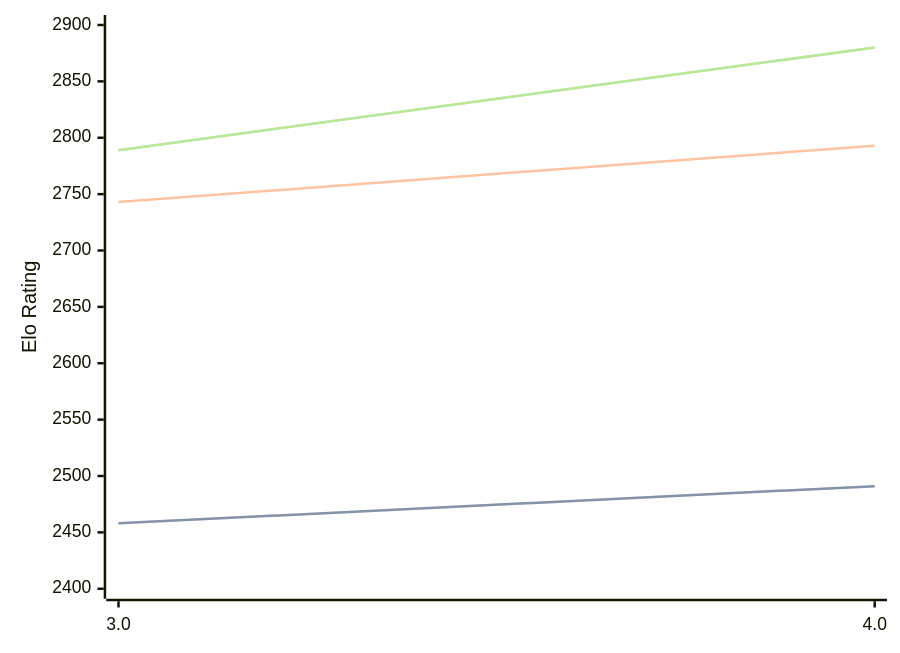
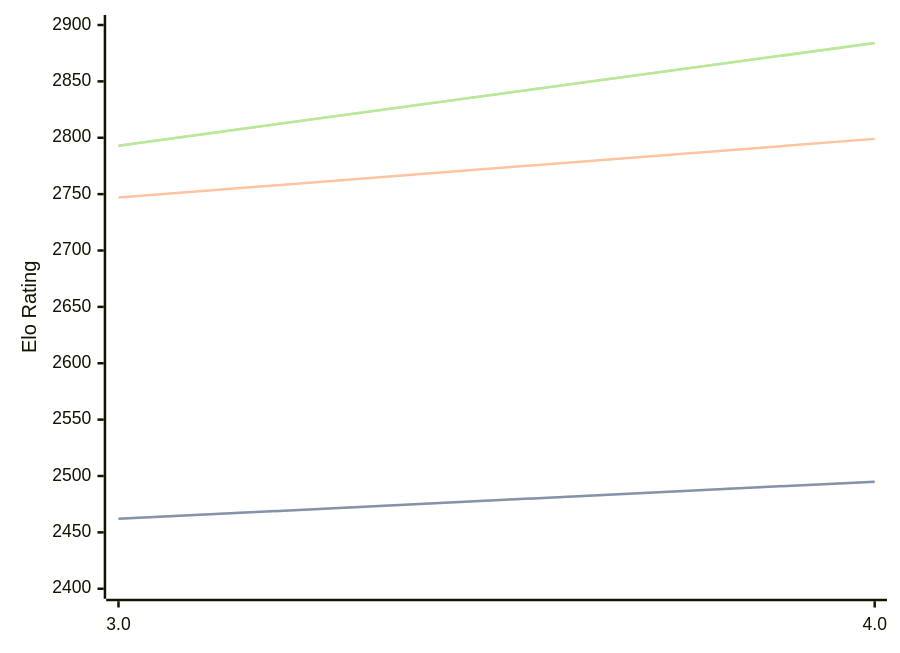
The diagram in engines/Chess3.md (computer-chess-index/cci), drawn with Mermaid before and after one commit. The commit also changed other lines of this file, not shown here.

Commit message:
Update CCI Ratings (ELO VLTC) - 2026-08-18

````diff
--- a/engines/Chess3.md
+++ b/engines/Chess3.md
@@ -32,11 +32,11 @@
 ```mermaid
 %%{init: {"theme":"base","themeVariables":{"seriesColors:['#a3a3a3','#222221','#faa371']}}}%%
 xychart-beta
   x-axis ["3.0", "4.0"]
   y-axis "Elo Rating" 2400 --> 2900
-  line "STC (8.0+0.08s)" [2458, 2491]
-  line "STC (8.0+0.08s)" [2458, 2491]
-  line "LTC (60.0+0.60s)" [2743, 2793]
-  line "VLTC (2m24s+1.12s)" [2789, 2880]
-  line "VLTC (2m24s+1.12s)" [2789, 2880]
+  line "STC (8.0+0.08s)" [2462, 2495]
+  line "STC (8.0+0.08s)" [2462, 2495]
+  line "LTC (60.0+0.60s)" [2747, 2799]
+  line "VLTC (2m24s+1.12s)" [2793, 2884]
+  line "VLTC (2m24s+1.12s)" [2793, 2884]
 ```
````
